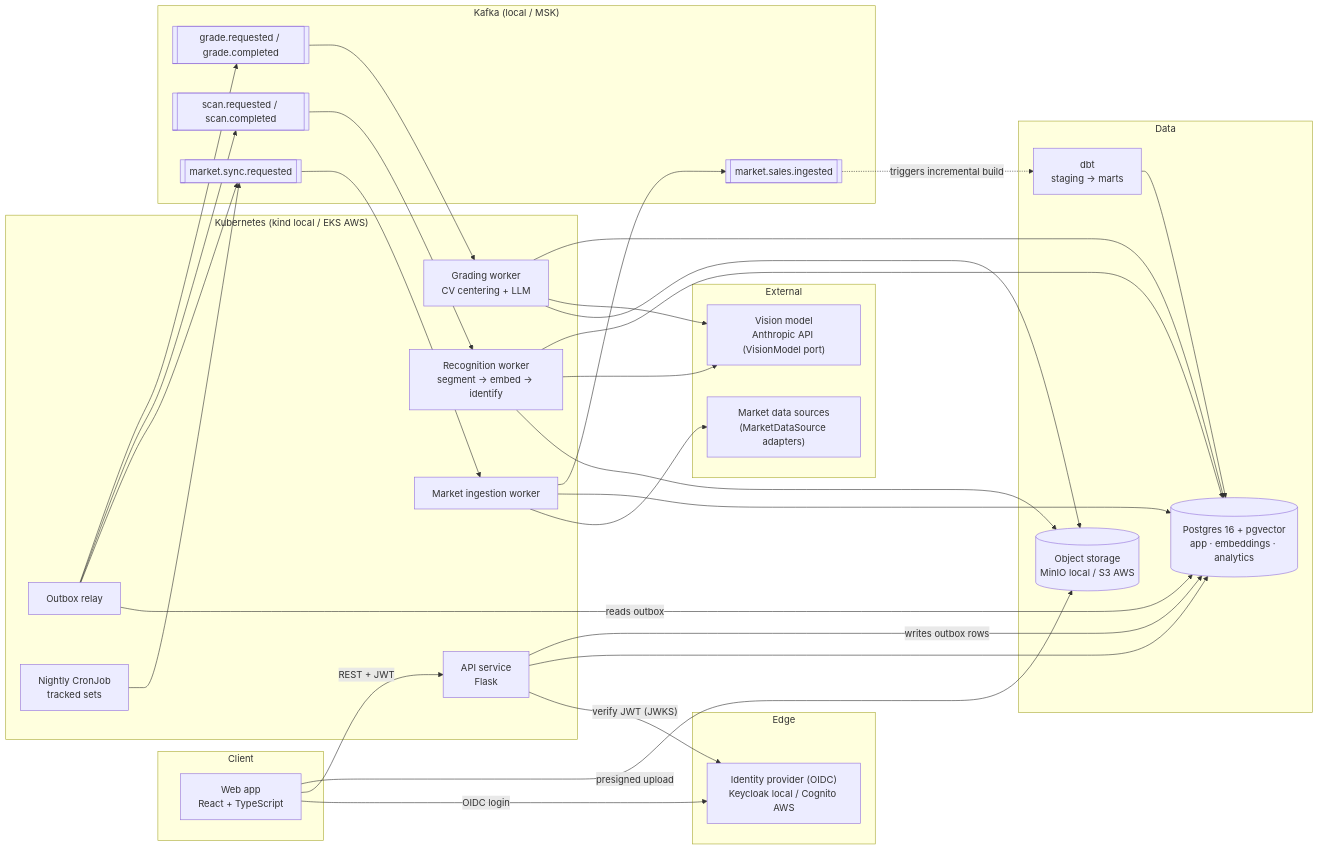
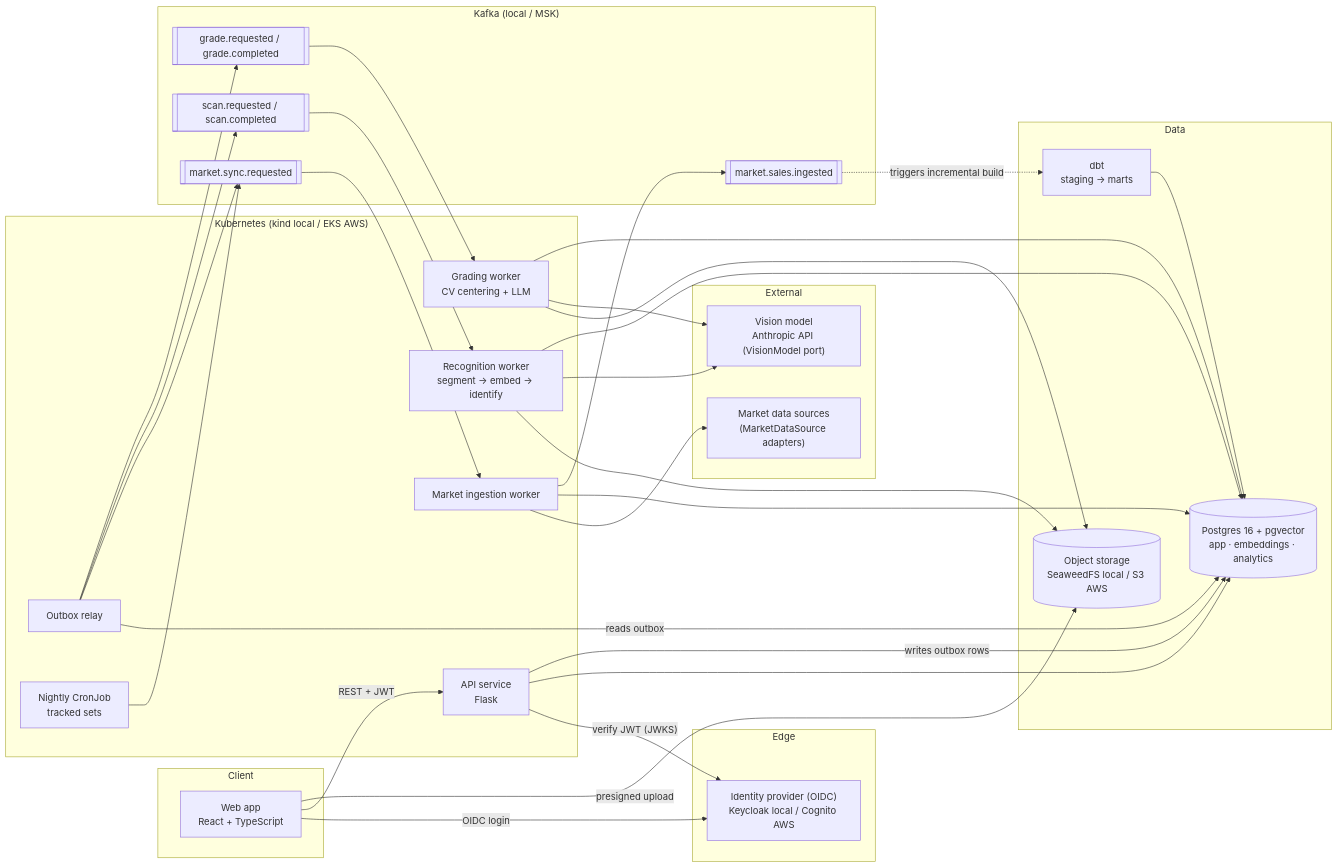
Before and after one commit to lfoos/card-maven: the first of 2 diagrams in docs/IMPLEMENTATION_PLAN.md, drawn with Mermaid. The commit also changed other lines of this file and 198 other files, not shown here.

````diff
--- a/docs/IMPLEMENTATION_PLAN.md
+++ b/docs/IMPLEMENTATION_PLAN.md
@@ -28,61 +30,61 @@
 ```mermaid
 flowchart LR
   subgraph Client
     WEB["Web app<br/>React + TypeScript"]
   end
 
   subgraph Edge
     IDP["Identity provider (OIDC)<br/>Keycloak local / Cognito AWS"]
   end
 
   subgraph Services["Kubernetes (kind local / EKS AWS)"]
     API["API service<br/>Flask"]
     OUTBOX["Outbox relay"]
     ING["Market ingestion worker"]
     REC["Recognition worker<br/>segment → embed → identify"]
     GRD["Grading worker<br/>CV centering + LLM"]
     CRON["Nightly CronJob<br/>tracked sets"]
   end
 
   subgraph Messaging["Kafka (local / MSK)"]
     T1[["market.sync.requested"]]
     T2[["market.sales.ingested"]]
     T3[["scan.requested / scan.completed"]]
     T4[["grade.requested / grade.completed"]]
   end
 
   subgraph Data
     PG[("Postgres 16 + pgvector<br/>app · embeddings · analytics")]
-    S3[("Object storage<br/>MinIO local / S3 AWS")]
+    S3[("Object storage<br/>SeaweedFS local / S3 AWS")]
     DBT["dbt<br/>staging → marts"]
   end
 
   subgraph External
     MDS["Market data sources<br/>(MarketDataSource adapters)"]
     LLM["Vision model<br/>Anthropic API (VisionModel port)"]
   end
 
   WEB -- "OIDC login" --> IDP
   WEB -- "REST + JWT" --> API
   WEB -- "presigned upload" --> S3
   API -- "verify JWT (JWKS)" --> IDP
   API --> PG
   API -- "writes outbox rows" --> PG
   OUTBOX -- "reads outbox" --> PG
   OUTBOX --> T1 & T3 & T4
   CRON --> T1
   T1 --> ING
   ING --> MDS
   ING --> PG
   ING --> T2
   T3 --> REC
   REC --> S3
   REC --> LLM
   REC --> PG
   T4 --> GRD
   GRD --> S3
   GRD --> LLM
   GRD --> PG
   T2 -. "triggers incremental build" .-> DBT
   DBT --> PG
 ```
````
